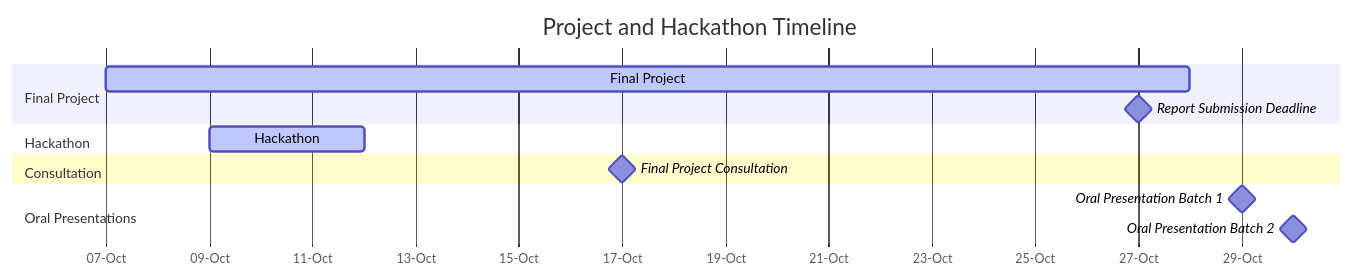
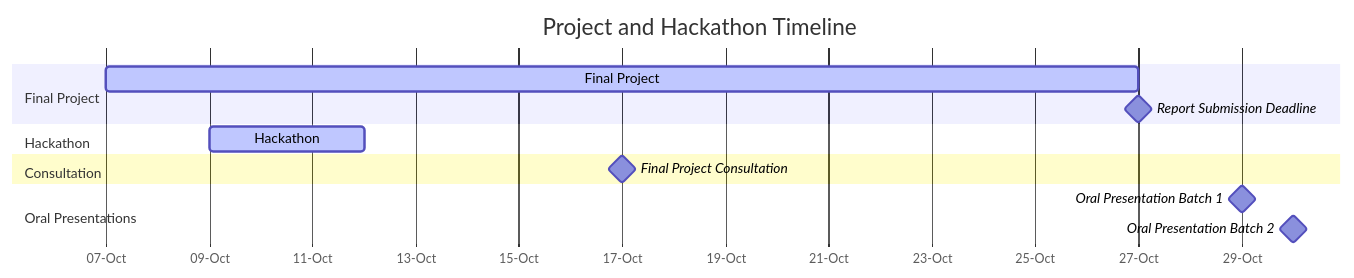
One commit to aicell-lab/ddls-course changed the diagram in content/course/ddls-2024/final-project/_index.md. Above: the diagram before and after it, drawn with Mermaid.

Commit message:
Update final project duration in timeline

````diff
--- a/content/course/ddls-2024/final-project/_index.md
+++ b/content/course/ddls-2024/final-project/_index.md
@@ -36,20 +36,20 @@
 ```mermaid
 gantt
     title Project and Hackathon Timeline
     dateFormat  YYYY-MM-DD
     axisFormat  %d-%b
 
     section Final Project
-    Final Project                : active, proj, 2024-10-07, 21d
+    Final Project                : active, proj, 2024-10-07, 20d
     Report Submission Deadline   : milestone, m1, 2024-10-27, 23:59
 
     section Hackathon
     Hackathon                    : active, hackathon, 2024-10-09, 3d
 
     section Consultation
     Final Project Consultation   : milestone, consult, 2024-10-17, 08:00-11:00
 
     section Oral Presentations
     Oral Presentation Batch 1    : milestone, presentation1, 2024-10-29, 08:00-10:00
     Oral Presentation Batch 2    : milestone, presentation2, 2024-10-30, 08:00-10:00
 ```
````
